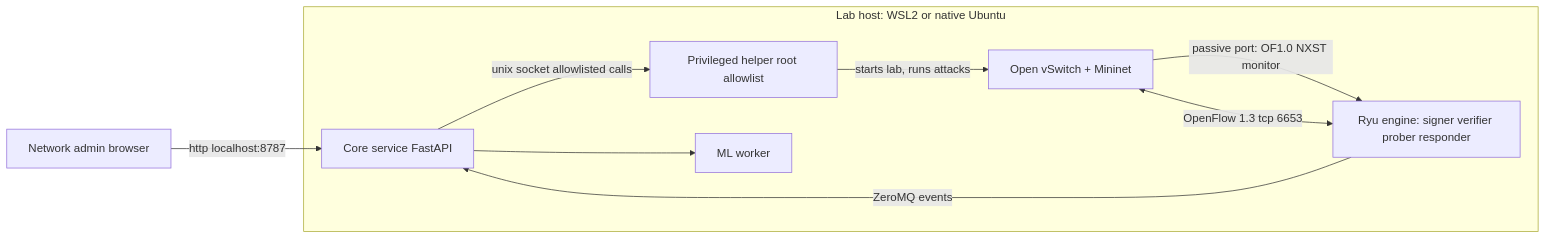
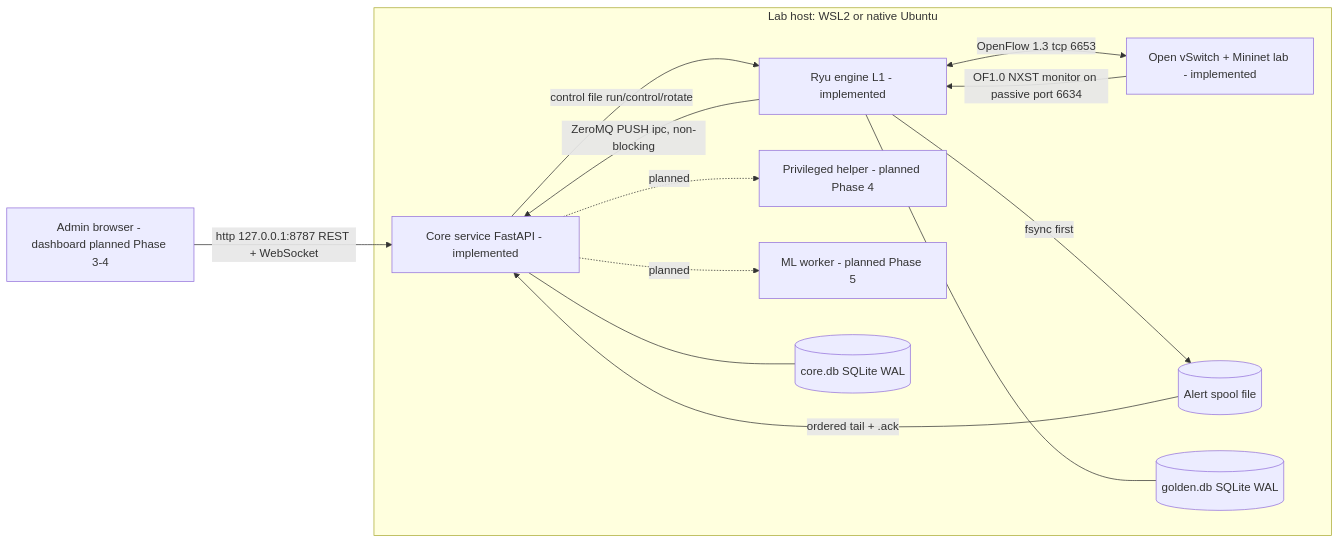
Before and after one commit to RKG765/flowguard: the first of 6 diagrams in ARCHITECTURE.md, drawn with Mermaid. The commit also changed other lines of this file and 50 other files, not shown here.

First line of the commit message:
Phase 2: core service (API, storage, auth, audit) fed live by the engine

````diff
--- a/ARCHITECTURE.md
+++ b/ARCHITECTURE.md
@@ -36,17 +38,24 @@
 ```mermaid
 flowchart LR
-  Admin[Network admin browser] -->|http localhost:8787| Core
+  Admin[Admin browser - dashboard planned Phase 3-4] -->|http 127.0.0.1:8787 REST + WebSocket| Core
   subgraph Host[Lab host: WSL2 or native Ubuntu]
-    Core[Core service FastAPI]
-    Engine[Ryu engine: signer verifier prober responder]
-    Helper[Privileged helper root allowlist]
-    ML[ML worker]
-    OVS[Open vSwitch + Mininet]
+    Core[Core service FastAPI - implemented]
+    Engine[Ryu engine L1 - implemented]
+    Helper[Privileged helper - planned Phase 4]
+    ML[ML worker - planned Phase 5]
+    OVS[Open vSwitch + Mininet lab - implemented]
+    Spool[(Alert spool file)]
+    CoreDB[(core.db SQLite WAL)]
+    Golden[(golden.db SQLite WAL)]
   end
   Engine <-->|OpenFlow 1.3 tcp 6653| OVS
-  Engine -->|ZeroMQ events| Core
-  Core --> ML
-  Core -->|unix socket allowlisted calls| Helper
-  Helper -->|starts lab, runs attacks| OVS
-  OVS -->|passive port: OF1.0 NXST monitor| Engine
+  OVS -->|OF1.0 NXST monitor on passive port 6634| Engine
+  Engine --- Golden
+  Engine -->|fsync first| Spool
+  Engine -->|ZeroMQ PUSH ipc, non-blocking| Core
+  Spool -->|ordered tail + .ack| Core
+  Core --- CoreDB
+  Core -->|control file run/control/rotate| Engine
+  Core -.->|planned| Helper
+  Core -.->|planned| ML
 ```
````
